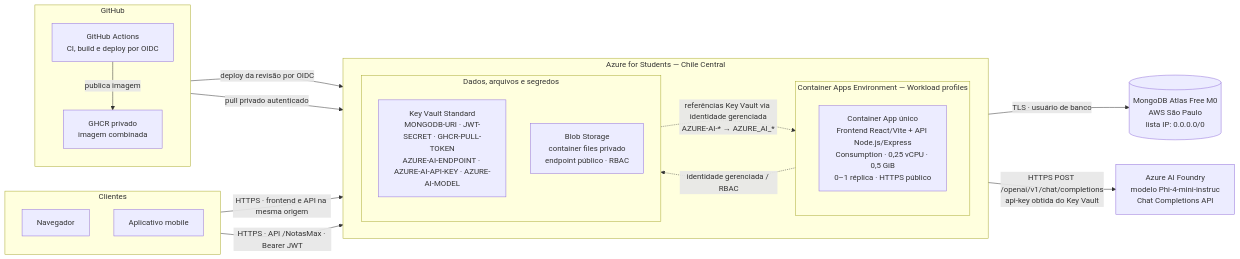
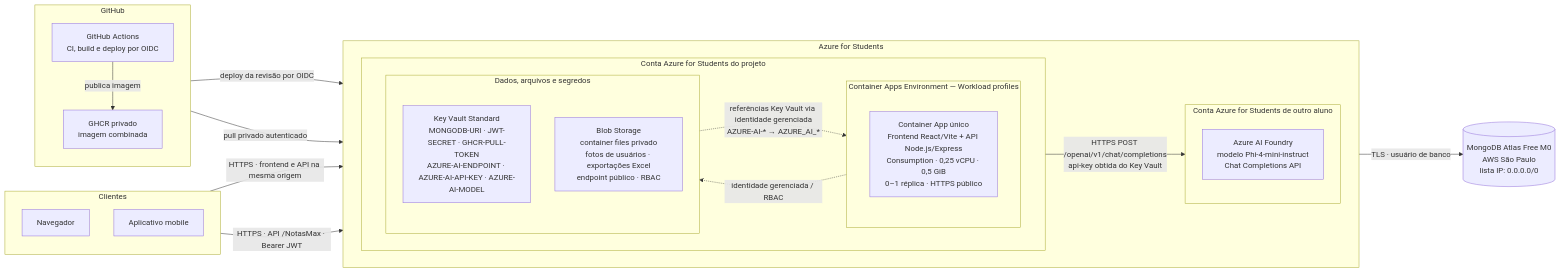
Before and after one commit to NotasMAX/Documentacao: the diagram in arquitetura-azure/diagrama-arquitetura-atlas-free.mmd, drawn with Mermaid. The commit also changed 6 other files, not shown here.

First line of the commit message:
docs(azure): update architecture evidence

```diff
--- a/arquitetura-azure/diagrama-arquitetura-atlas-free.mmd
+++ b/arquitetura-azure/diagrama-arquitetura-atlas-free.mmd
@@ -1,39 +1,46 @@
 flowchart LR
     subgraph clients["Clientes"]
         direction TB
         browser["Navegador"]
         mobile["Aplicativo mobile"]
     end
 
     subgraph github["GitHub"]
         direction TB
         actions["GitHub Actions\nCI, build e deploy por OIDC"]
         ghcr["GHCR privado\nimagem combinada"]
         actions -->|publica imagem| ghcr
     end
 
-    subgraph azure["Azure for Students — Chile Central"]
+    subgraph azure["Azure for Students"]
         direction LR
-        subgraph acaEnv["Container Apps Environment — Workload profiles"]
-            direction TB
-            app["Container App único\nFrontend React/Vite + API Node.js/Express\nConsumption · 0,25 vCPU · 0,5 GiB\n0–1 réplica · HTTPS público"]
+        subgraph projectAccount["Conta Azure for Students do projeto"]
+            direction LR
+            subgraph acaEnv["Container Apps Environment — Workload profiles"]
+                direction TB
+                app["Container App único\nFrontend React/Vite + API Node.js/Express\nConsumption · 0,25 vCPU · 0,5 GiB\n0–1 réplica · HTTPS público"]
+            end
+
+            subgraph dataServices["Dados, arquivos e segredos"]
+                direction TB
+                keyVault["Key Vault Standard\nMONGODB-URI · JWT-SECRET · GHCR-PULL-TOKEN\nAZURE-AI-ENDPOINT · AZURE-AI-API-KEY · AZURE-AI-MODEL"]
+                storage["Blob Storage\ncontainer files privado\nfotos de usuários · exportações Excel\nendpoint público · RBAC"]
+            end
         end
 
-        subgraph dataServices["Dados, arquivos e segredos"]
+        subgraph aiServices["Conta Azure for Students de outro aluno"]
             direction TB
-            keyVault["Key Vault Standard\nMONGODB-URI · JWT-SECRET · GHCR-PULL-TOKEN\nAZURE-AI-ENDPOINT · AZURE-AI-API-KEY · AZURE-AI-MODEL"]
-            storage["Blob Storage\ncontainer files privado\nendpoint público · RBAC"]
+            foundry["Azure AI Foundry\nmodelo Phi-4-mini-instruct\nChat Completions API"]
         end
     end
 
     atlas[("MongoDB Atlas Free M0\nAWS São Paulo\nlista IP: 0.0.0.0/0")]
-    foundry["Azure AI Foundry\nmodelo Phi-4-mini-instruc\nChat Completions API"]
 
     browser -->|HTTPS · frontend e API na mesma origem| app
     mobile -->|HTTPS · API /NotasMax · Bearer JWT| app
     actions -->|deploy da revisão por OIDC| app
     ghcr -->|pull privado autenticado| app
     app -->|TLS · usuário de banco| atlas
     keyVault -. "referências Key Vault via identidade gerenciada\nAZURE-AI-* → AZURE_AI_*" .-> app
     app -. "identidade gerenciada / RBAC" .-> storage
     app -->|HTTPS POST /openai/v1/chat/completions\napi-key obtida do Key Vault| foundry
```
